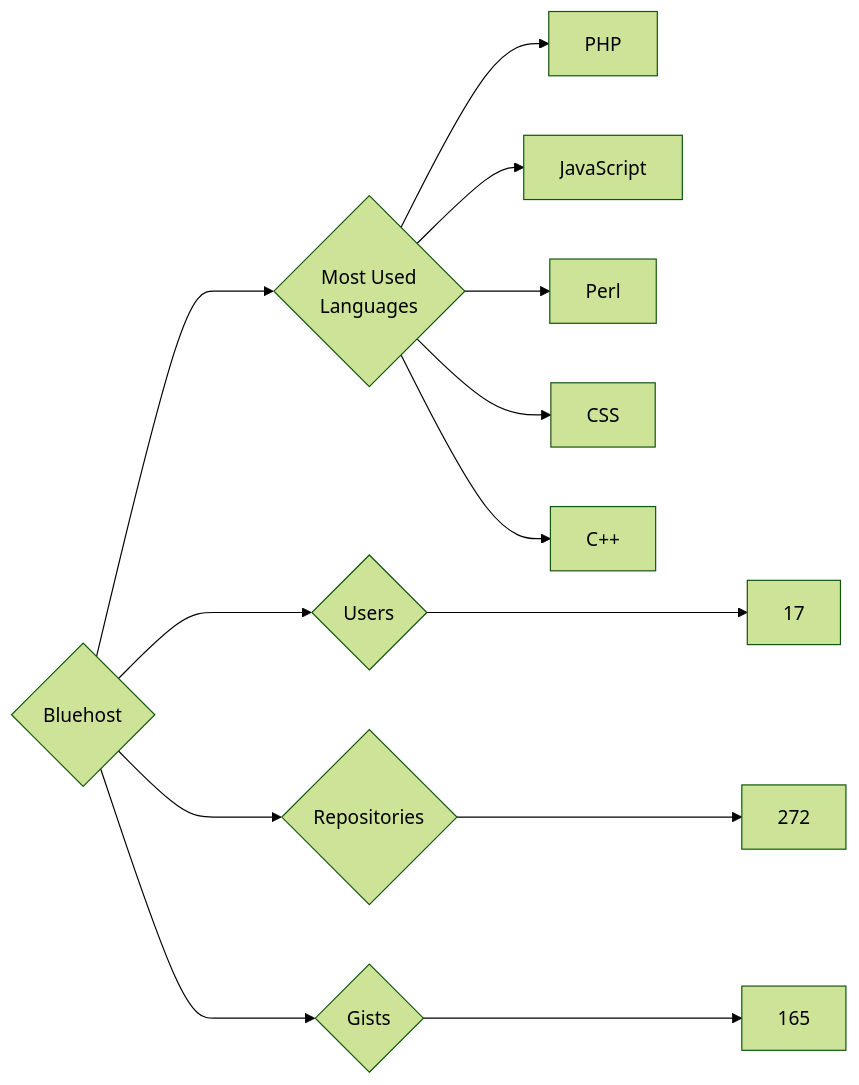
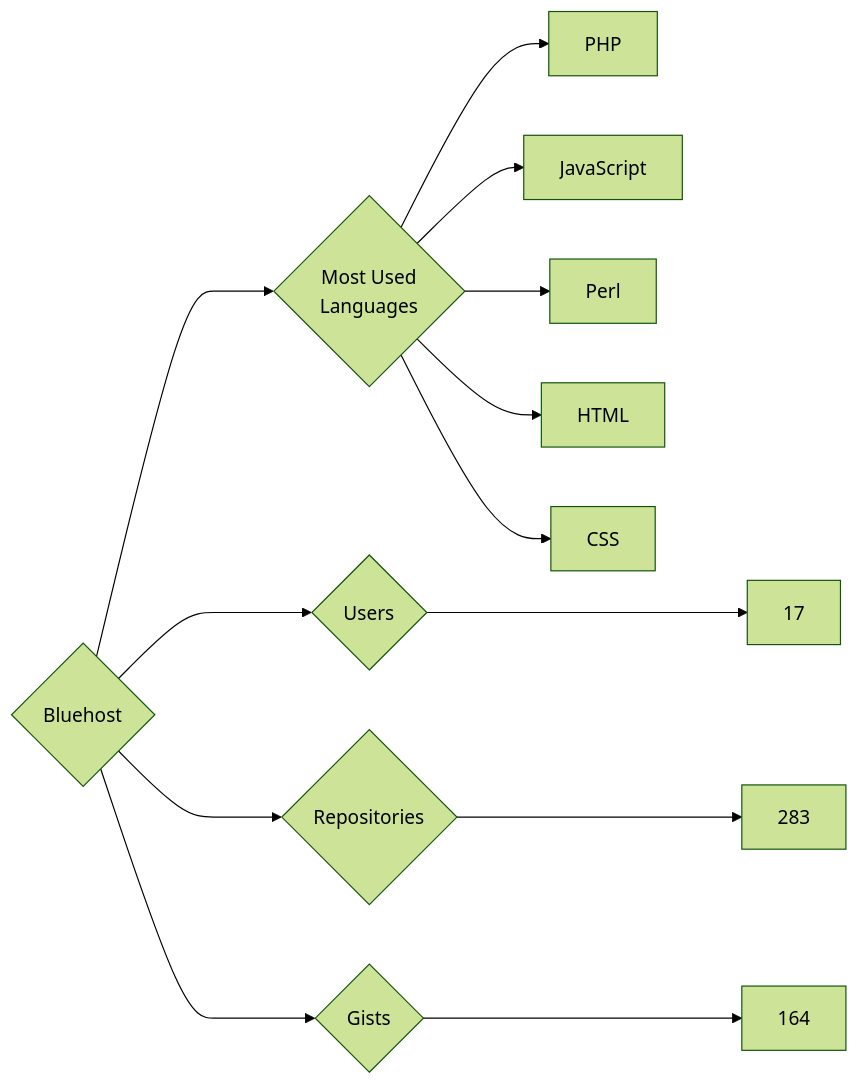
Before and after one commit to trickest/insiders: the diagram in targets/Bluehost/README.md, drawn with Mermaid (forest theme). The commit also changed 874 other files, not shown here.

````diff
--- a/targets/Bluehost/README.md
+++ b/targets/Bluehost/README.md
@@ -3,13 +3,13 @@
 ```mermaid
 graph LR
 COMPANY_NAME{Bluehost}
 COMPANY_NAME ---> U{Users} ---> UN[17]
-COMPANY_NAME ---> R{Repositories} ---> RN[272]
-COMPANY_NAME ---> G{Gists} ---> GN[165]
+COMPANY_NAME ---> R{Repositories} ---> RN[283]
+COMPANY_NAME ---> G{Gists} ---> GN[164]
 COMPANY_NAME ---> ML{Most Used<br>Languages}
 ML --> PHP[PHP]
 ML --> JavaScript[JavaScript]
 ML --> Perl[Perl]
+ML --> HTML[HTML]
 ML --> CSS[CSS]
-ML --> C++[C++]
 ```
````
